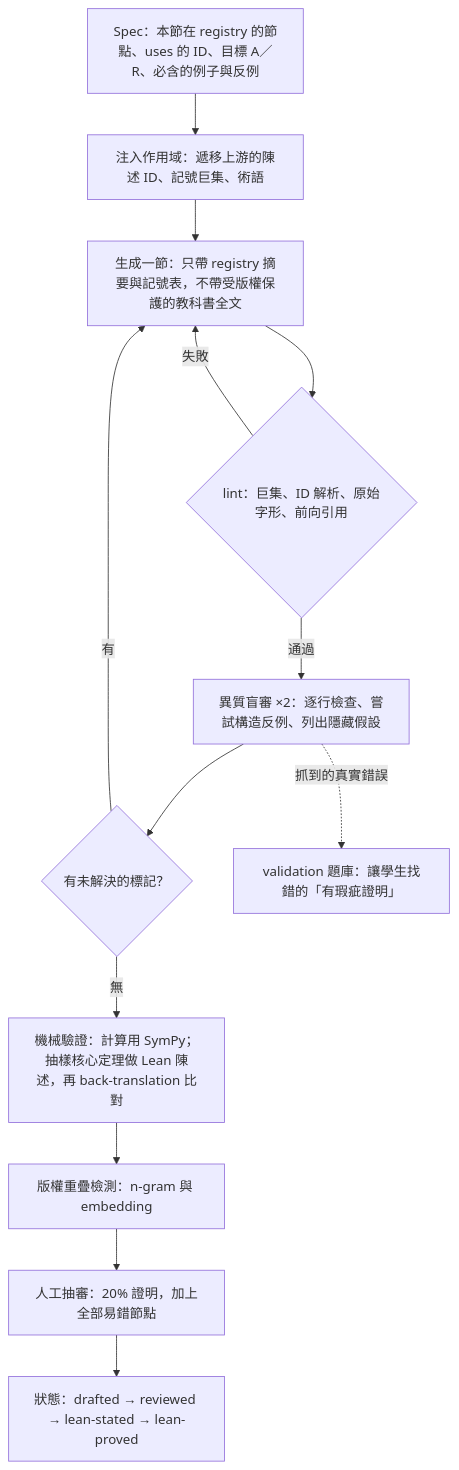
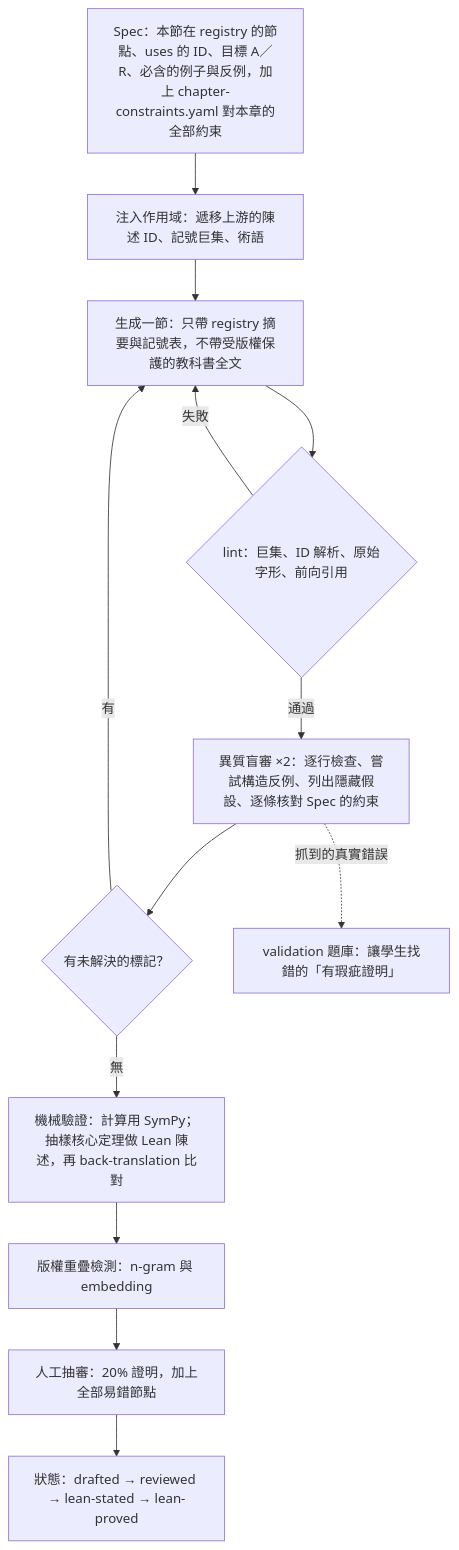
Before and after one commit to AkizumiFox/math-atlas: the first of 6 diagrams in spec/04-flows.md, drawn with Mermaid. The commit also changed other lines of this file and 12 other files, not shown here.

First line of the commit message:
Split constraints from rewrites; no hardcoded counts in spec; flow for splits and moves

````diff
--- a/spec/04-flows.md
+++ b/spec/04-flows.md
@@ -15,15 +16,15 @@
 ```mermaid
 flowchart TD
-  A[Spec：本節在 registry 的節點、uses 的 ID、目標 A／R、必含的例子與反例] --> B[注入作用域：遞移上游的陳述 ID、記號巨集、術語]
+  A[Spec：本節在 registry 的節點、uses 的 ID、目標 A／R、必含的例子與反例，加上 chapter-constraints.yaml 對本章的全部約束] --> B[注入作用域：遞移上游的陳述 ID、記號巨集、術語]
   B --> C[生成一節：只帶 registry 摘要與記號表，不帶受版權保護的教科書全文]
   C --> D{lint：巨集、ID 解析、原始字形、前向引用}
   D -- 失敗 --> C
-  D -- 通過 --> E[異質盲審 ×2：逐行檢查、嘗試構造反例、列出隱藏假設]
+  D -- 通過 --> E[異質盲審 ×2：逐行檢查、嘗試構造反例、列出隱藏假設、逐條核對 Spec 的約束]
   E --> F{有未解決的標記？}
   F -- 有 --> C
   F -- 無 --> G[機械驗證：計算用 SymPy；抽樣核心定理做 Lean 陳述，再 back-translation 比對]
   G --> H[版權重疊檢測：n-gram 與 embedding]
   H --> I[人工抽審：20% 證明，加上全部易錯節點]
   I --> J[狀態：drafted → reviewed → lean-stated → lean-proved]
   E -. 抓到的真實錯誤 .-> K[validation 題庫：讓學生找錯的「有瑕疵證明」]
 ```
````
